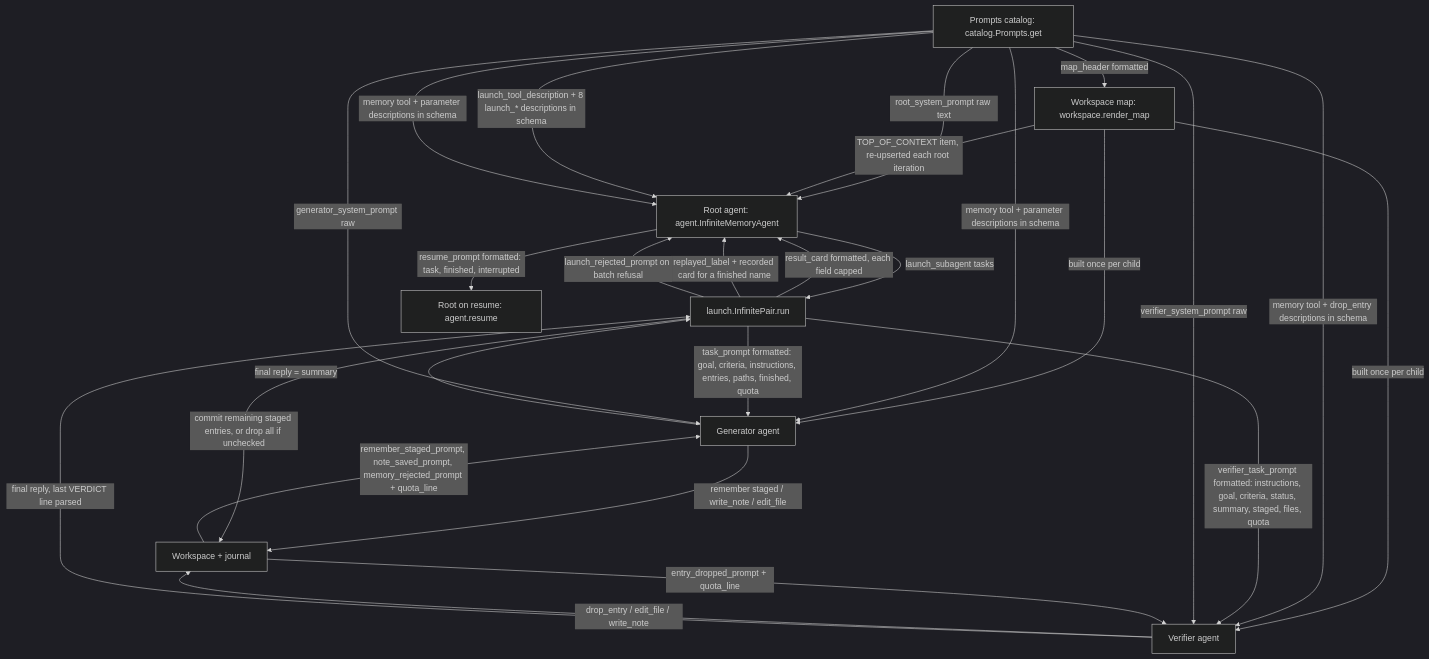
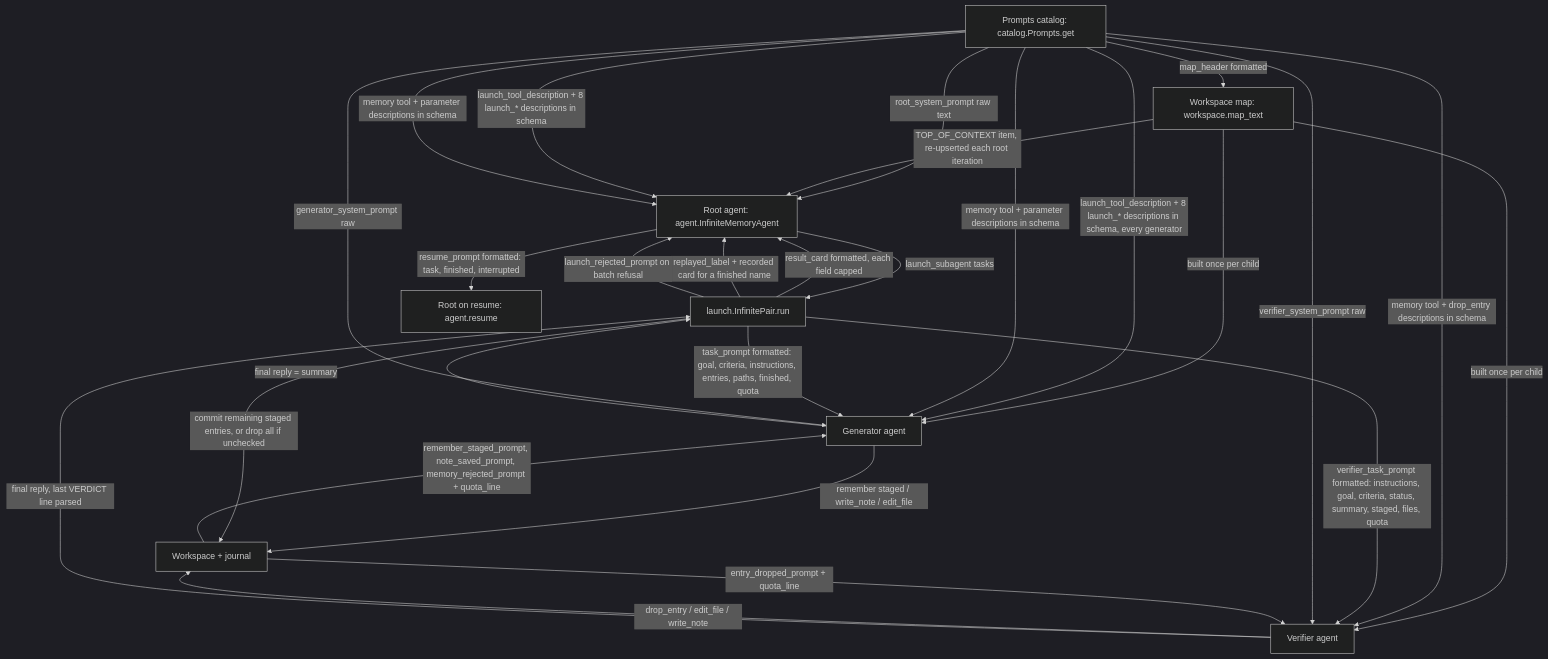
Before and after one commit to cerredz/Vidbyte-SDK: the first of 2 diagrams in docs/spec/infinite-memory-prompts/spec.md, drawn with Mermaid (dark theme). The commit also changed other lines of this file, not shown here.

````diff
--- a/docs/spec/infinite-memory-prompts/spec.md
+++ b/docs/spec/infinite-memory-prompts/spec.md
@@ -113,28 +113,29 @@
 ```mermaid
 flowchart TD
   A[Prompts catalog: catalog.Prompts.get] -->|root_system_prompt raw text| B[Root agent: agent.InfiniteMemoryAgent]
-  A -->|map_header formatted| M[Workspace map: workspace.render_map]
+  A -->|map_header formatted| M[Workspace map: workspace.map_text]
   M -->|TOP_OF_CONTEXT item, re-upserted each root iteration| B
   M -->|built once per child| G
   M -->|built once per child| V
   A -->|launch_tool_description + 8 launch_* descriptions in schema| B
+  A -->|launch_tool_description + 8 launch_* descriptions in schema, every generator| G
   A -->|memory tool + parameter descriptions in schema| B
   A -->|memory tool + parameter descriptions in schema| G
   A -->|memory tool + drop_entry descriptions in schema| V
   B -->|launch_subagent tasks| L[launch.InfinitePair.run]
   L -->|task_prompt formatted: goal, criteria, instructions, entries, paths, finished, quota| G[Generator agent]
   A -->|generator_system_prompt raw| G
   G -->|remember staged / write_note / edit_file| W[Workspace + journal]
   W -->|remember_staged_prompt, note_saved_prompt, memory_rejected_prompt + quota_line| G
   G -->|final reply = summary| L
   L -->|verifier_task_prompt formatted: instructions, goal, criteria, status, summary, staged, files, quota| V[Verifier agent]
   A -->|verifier_system_prompt raw| V
   V -->|drop_entry / edit_file / write_note| W
   W -->|entry_dropped_prompt + quota_line| V
   V -->|final reply, last VERDICT line parsed| L
   L -->|commit remaining staged entries, or drop all if unchecked| W
   L -->|result_card formatted, each field capped| B
   L -->|replayed_label + recorded card for a finished name| B
   L -->|launch_rejected_prompt on batch refusal| B
   B -->|resume_prompt formatted: task, finished, interrupted| B2[Root on resume: agent.resume]
 ```
````
